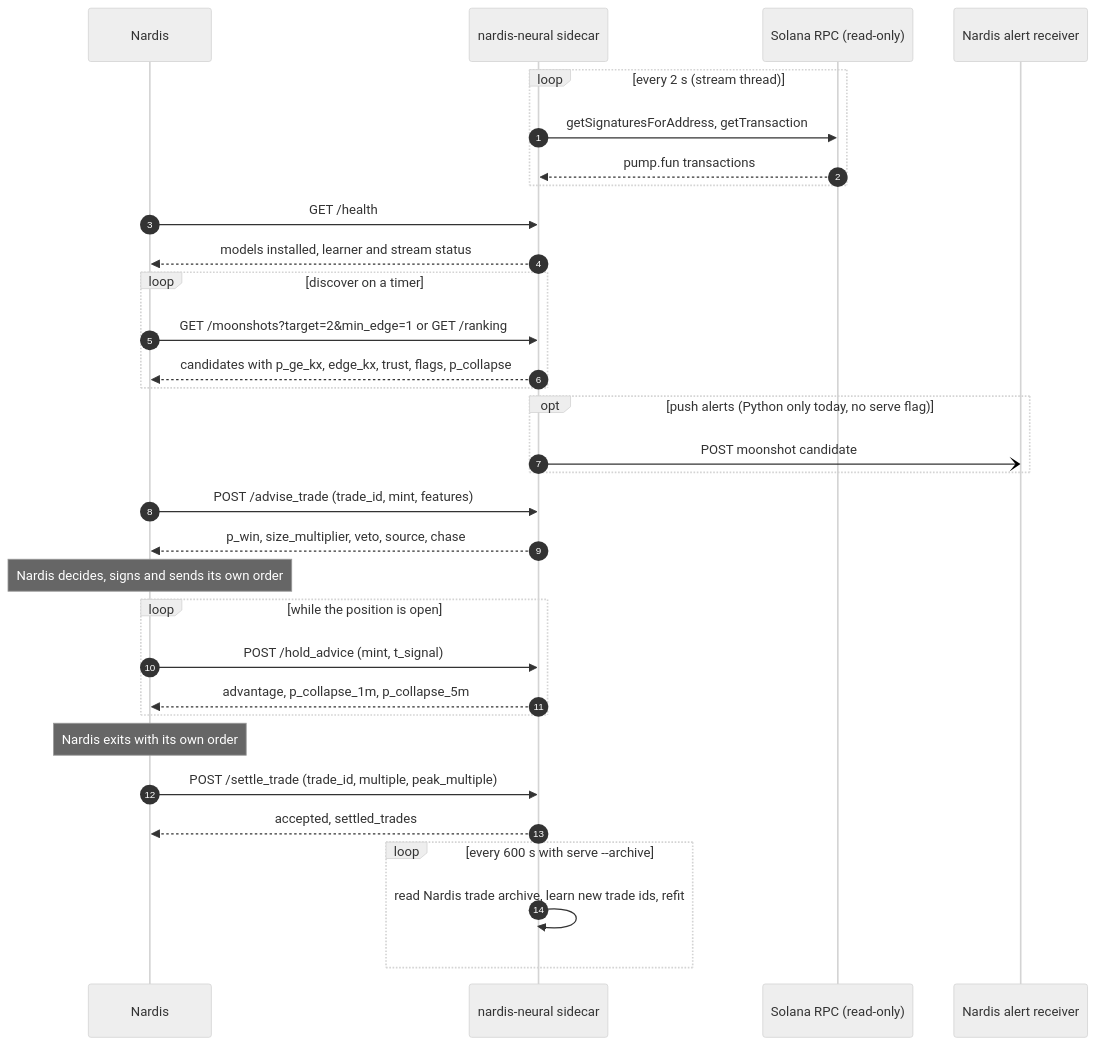
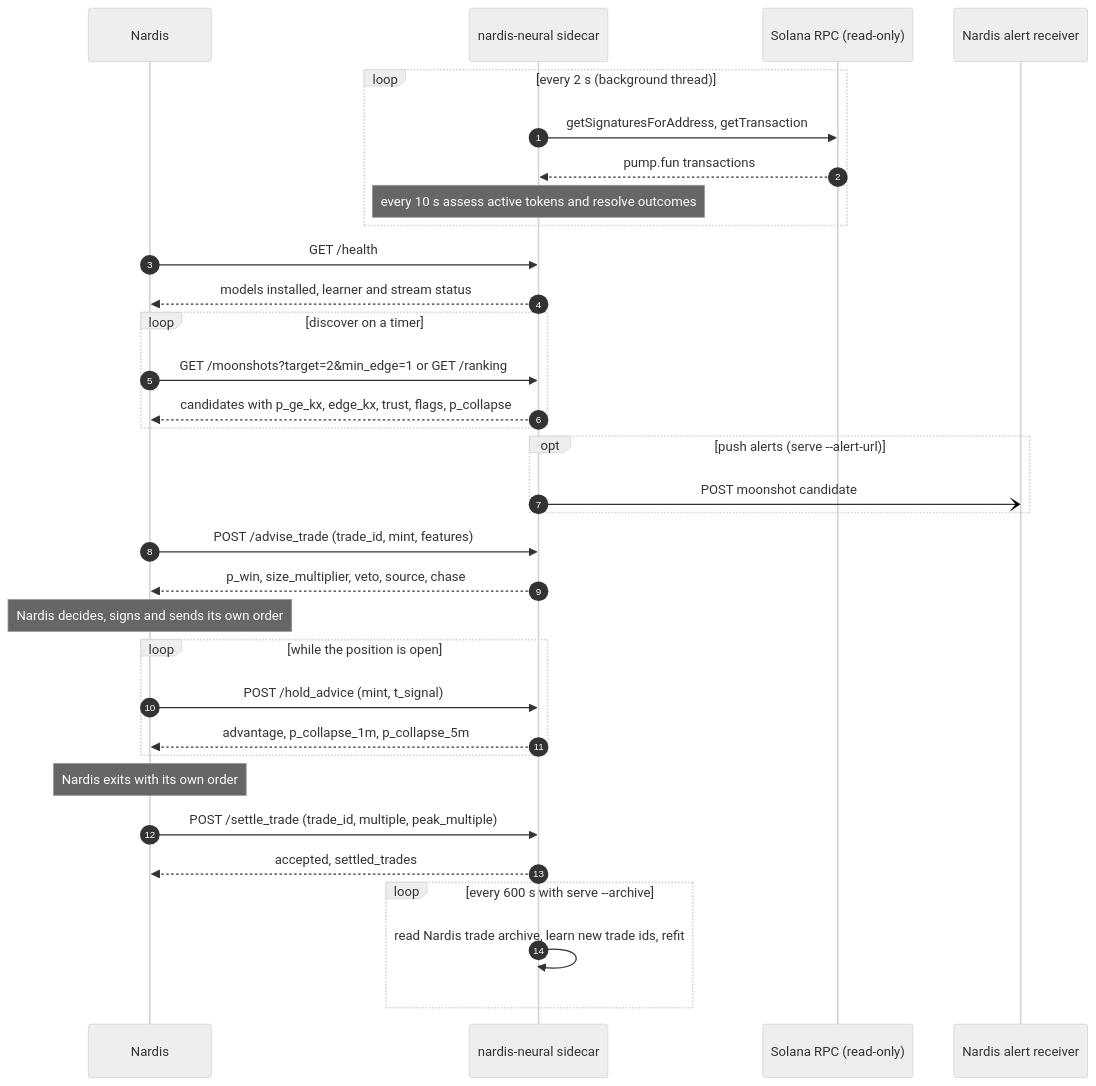
The diagram in docs/HANDOFF.md (paloaltovisitor57-cloud/Machines-learning-at-full-speed), drawn with Mermaid (neutral theme) before and after one commit. The commit also changed other lines of this file and 13 other files, not shown here.

````diff
--- a/docs/HANDOFF.md
+++ b/docs/HANDOFF.md
@@ -73,34 +75,35 @@
 ```mermaid
 sequenceDiagram
     autonumber
     participant N as Nardis
     participant A as nardis-neural sidecar
     participant C as Solana RPC (read-only)
     participant R as Nardis alert receiver
-    loop every 2 s (stream thread)
+    loop every 2 s (background thread)
         A->>C: getSignaturesForAddress, getTransaction
         C-->>A: pump.fun transactions
+        Note over A: every 10 s assess active tokens and resolve outcomes
     end
     N->>A: GET /health
     A-->>N: models installed, learner and stream status
     loop discover on a timer
         N->>A: GET /moonshots?target=2&min_edge=1 or GET /ranking
         A-->>N: candidates with p_ge_kx, edge_kx, trust, flags, p_collapse
     end
-    opt push alerts (Python only today, no serve flag)
+    opt push alerts (serve --alert-url)
         A-)R: POST moonshot candidate
     end
     N->>A: POST /advise_trade (trade_id, mint, features)
     A-->>N: p_win, size_multiplier, veto, source, chase
     Note over N: Nardis decides, signs and sends its own order
     loop while the position is open
         N->>A: POST /hold_advice (mint, t_signal)
         A-->>N: advantage, p_collapse_1m, p_collapse_5m
     end
     Note over N: Nardis exits with its own order
     N->>A: POST /settle_trade (trade_id, multiple, peak_multiple)
     A-->>N: accepted, settled_trades
     loop every 600 s with serve --archive
         A->>A: read Nardis trade archive, learn new trade ids, refit
     end
 ```
````
